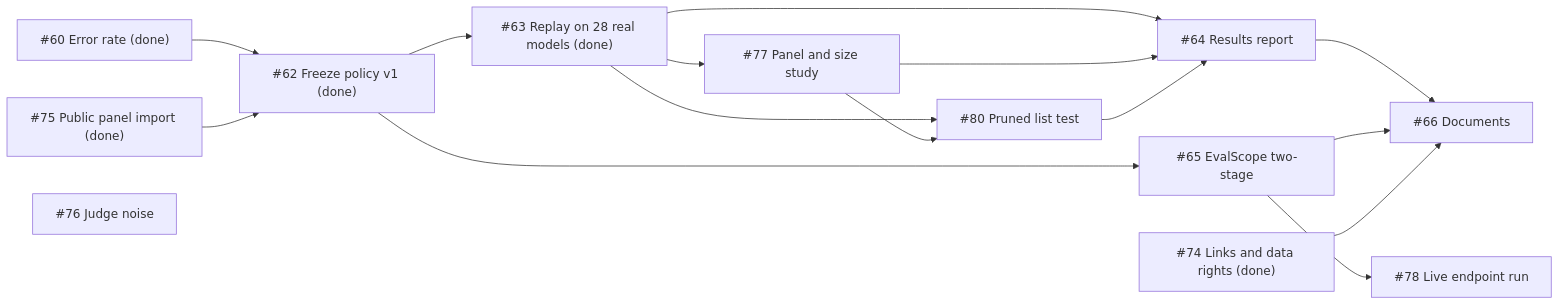
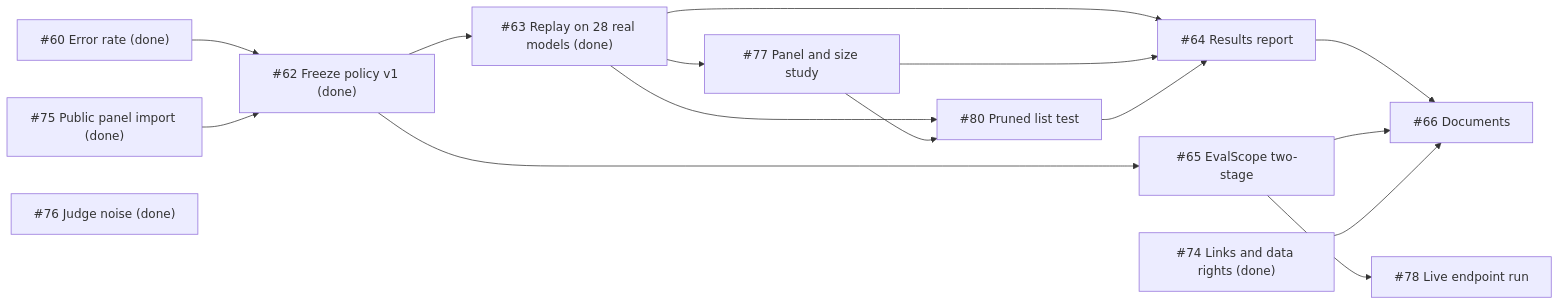
The third of 3 diagrams in README.md (sdv1708/ai-model-benchmark), drawn with Mermaid before and after one commit. The commit also changed other lines of this file and 17 other files, not shown here.

First line of the commit message:
Record the AA-LCR judge noise of the 300 saved answers (#76)

````diff
--- a/README.md
+++ b/README.md
@@ -707,18 +708,18 @@
 ```mermaid
 flowchart LR
     I60["#60 Error rate (done)"] --> I62["#62 Freeze policy v1 (done)"]
     I75["#75 Public panel import (done)"] --> I62
     I62 --> I63["#63 Replay on 28 real models (done)"]
     I62 --> I65["#65 EvalScope two-stage"]
     I63 --> I77["#77 Panel and size study"]
     I63 --> I80["#80 Pruned list test"]
     I77 --> I80
     I65 --> I78["#78 Live endpoint run"]
     I63 --> I64["#64 Results report"]
     I77 --> I64
     I80 --> I64
     I64 --> I66["#66 Documents"]
     I65 --> I66
     I74["#74 Links and data rights (done)"] --> I66
-    I76["#76 Judge noise"]
+    I76["#76 Judge noise (done)"]
 ```
````
